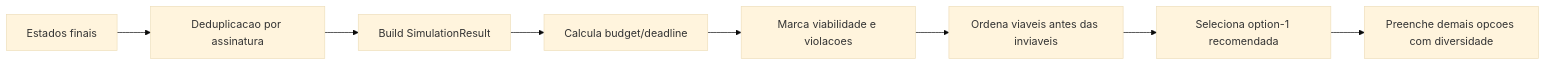
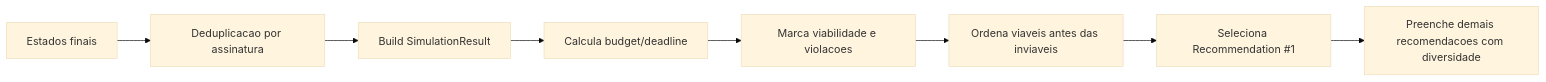
The sixth of 7 diagrams in doc/README.md (UFFeScience/akoflow-scheduler-simulator), drawn with Mermaid (base theme) before and after one commit. The commit also changed other lines of this file and 26 other files, not shown here.

````diff
--- a/doc/README.md
+++ b/doc/README.md
@@ -158,10 +158,10 @@
 ```mermaid
 flowchart LR
     A[Estados finais] --> B[Deduplicacao por assinatura]
     B --> C[Build SimulationResult]
     C --> D[Calcula budget/deadline]
     D --> E[Marca viabilidade e violacoes]
     E --> F[Ordena viaveis antes das inviaveis]
-    F --> G[Seleciona option-1 recomendada]
-    G --> H[Preenche demais opcoes com diversidade]
+    F --> G[Seleciona Recommendation #1]
+    G --> H[Preenche demais recomendacoes com diversidade]
 ```
````
